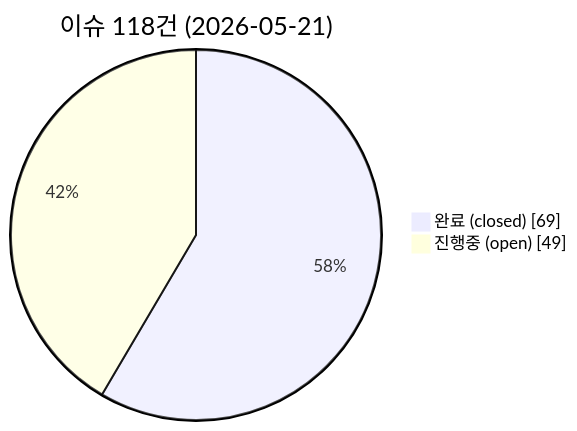
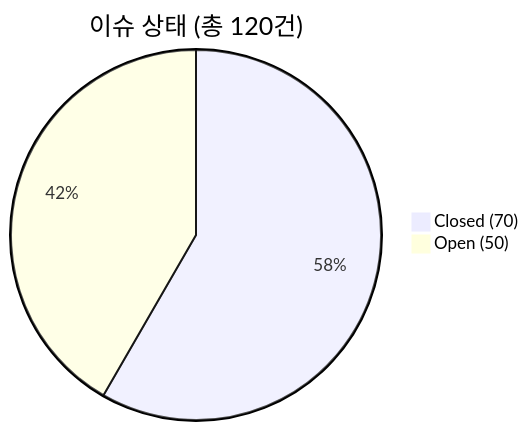
The first of 4 diagrams in README.md (holee9/MD-process), drawn with Mermaid before and after one commit. The commit also changed other lines of this file, not shown here.

````diff
--- a/README.md
+++ b/README.md
@@ -89,6 +87,5 @@
 ```mermaid
-pie showData
-    title 이슈 118건 (2026-05-21)
-    "완료 (closed)" : 69
-    "진행중 (open)" : 49
+pie title 이슈 상태 (총 120건)
+    "Closed (70)" : 70
+    "Open (50)" : 50
 ```
````
